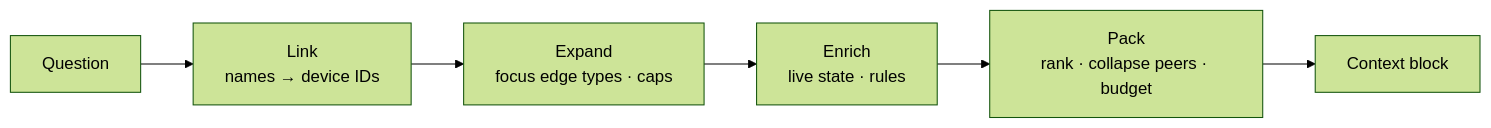
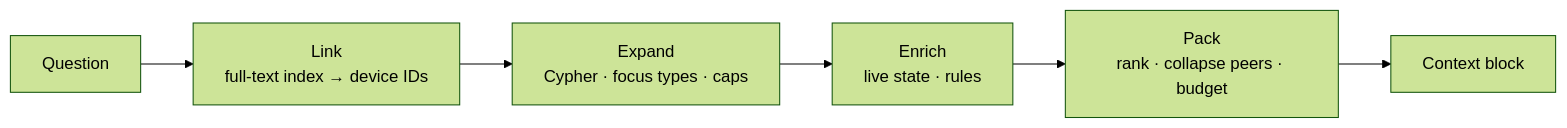
One commit to ankit-tether/mdk-be changed the second of 2 diagrams in docs/hld-site-topology-graph.md. Above: the diagram before and after it, drawn with Mermaid (forest theme). The commit also changed other lines of this file, not shown here.

Commit message:
Make the graph database the single source of truth in the Site Topology Graph HLD

````diff
--- a/docs/hld-site-topology-graph.md
+++ b/docs/hld-site-topology-graph.md
@@ -218,4 +255,4 @@
 ```mermaid
 flowchart LR
-  Q["Question"] --> L["Link<br/>names → device IDs"] --> X["Expand<br/>focus edge types · caps"] --> E["Enrich<br/>live state · rules"] --> P["Pack<br/>rank · collapse peers · budget"] --> C["Context block"]
+  Q["Question"] --> L["Link<br/>full-text index → device IDs"] --> X["Expand<br/>Cypher · focus types · caps"] --> E["Enrich<br/>live state · rules"] --> P["Pack<br/>rank · collapse peers · budget"] --> C["Context block"]
 ```
````
